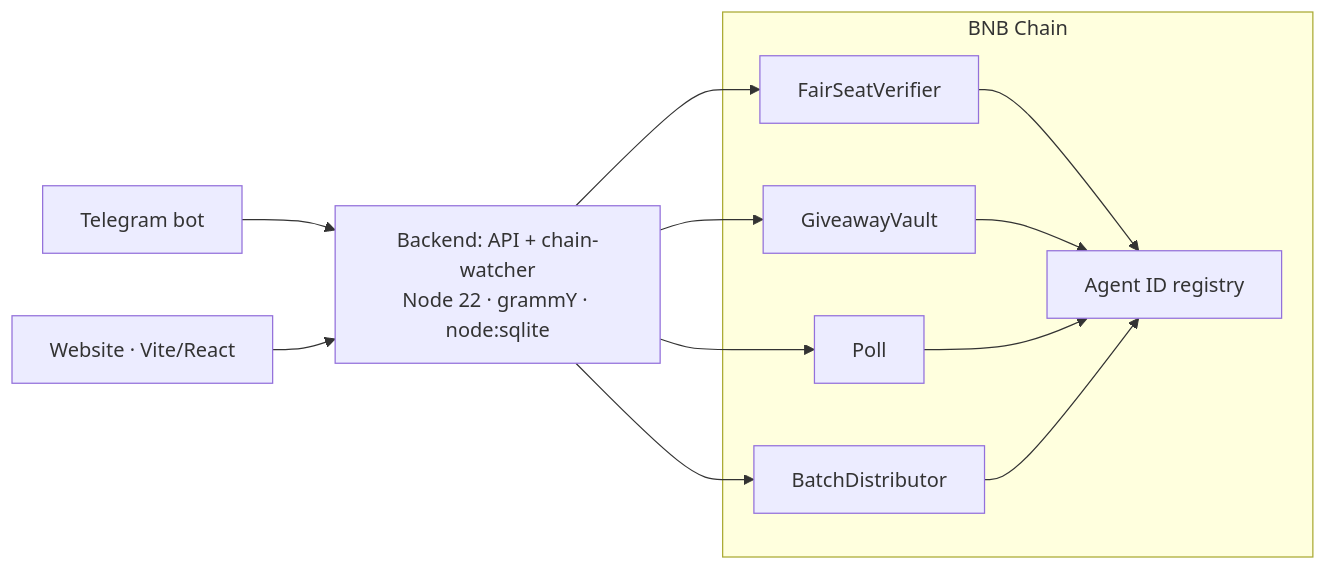
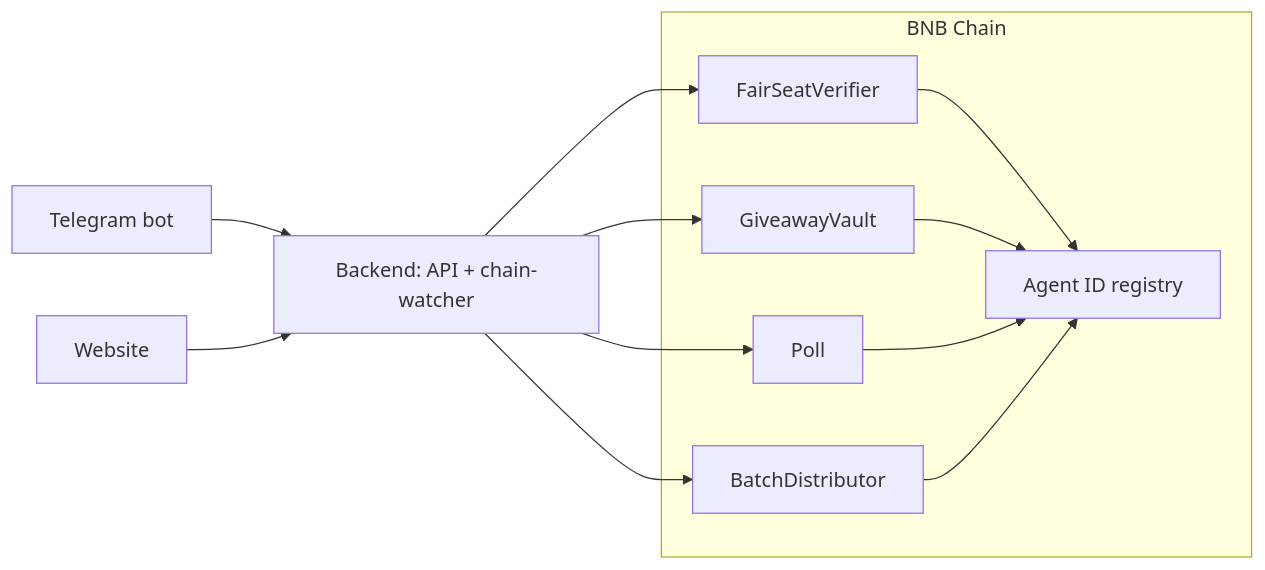
One commit to Investorquab/FairSeat changed the second of 2 diagrams in README.md. Above: the diagram before and after it, drawn with Mermaid. The commit also changed other lines of this file and 38 other files, not shown here.

````diff
--- a/README.md
+++ b/README.md
@@ -112,15 +65,15 @@
 ```mermaid
 flowchart LR
     TG[Telegram bot] --> API
-    Web[Website · Vite/React] --> API
-    API[Backend: API + chain-watcher<br/>Node 22 · grammY · node:sqlite] --> Ver
+    Web[Website] --> API
+    API[Backend: API + chain-watcher] --> Ver
     API --> Vault
     API --> Poll
     API --> Dist
     subgraph chain[BNB Chain]
       Ver[FairSeatVerifier] --> Reg[Agent ID registry]
       Vault[GiveawayVault] --> Reg
       Poll[Poll] --> Reg
       Dist[BatchDistributor] --> Reg
     end
 ```
````
